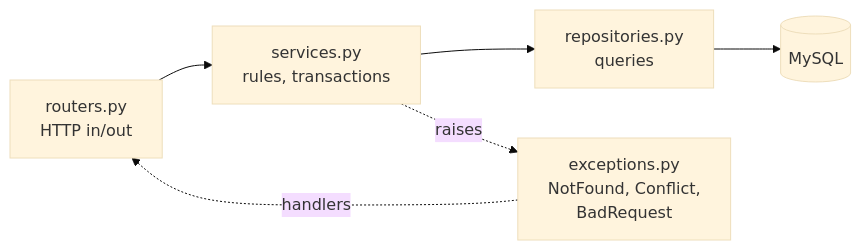
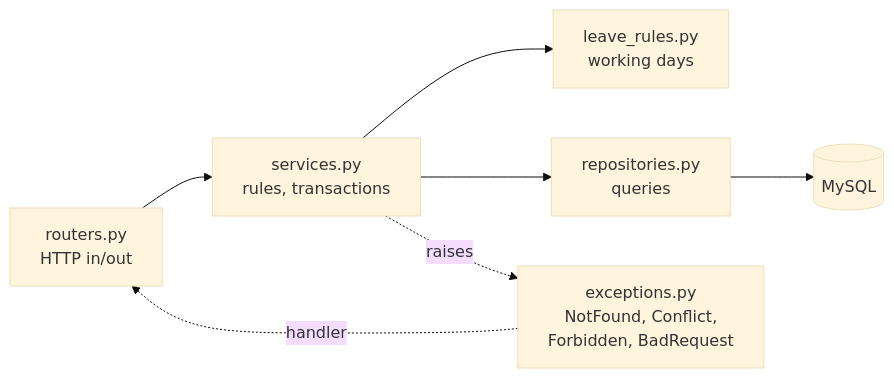
One commit to kyedumati/KASI-FULLSTACK-MATERIAL changed the second of 2 diagrams in docs/python/fastapi/08-database-crud.md. Above: the diagram before and after it, drawn with Mermaid (base theme). The commit also changed other lines of this file and 17 other files, not shown here.

````diff
--- a/docs/python/fastapi/08-database-crud.md
+++ b/docs/python/fastapi/08-database-crud.md
@@ -42,8 +59,9 @@
 ```mermaid
 flowchart LR
   R["routers.py<br/>HTTP in/out"] --> S["services.py<br/>rules, transactions"]
+  S --> L["leave_rules.py<br/>working days"]
   S --> P["repositories.py<br/>queries"]
   P --> D[("MySQL")]
-  S -.raises.-> E["exceptions.py<br/>NotFound, Conflict,<br/>BadRequest"]
-  E -.handlers.-> R
+  S -.raises.-> E["exceptions.py<br/>NotFound, Conflict,<br/>Forbidden, BadRequest"]
+  E -.handler.-> R
 ```
````
